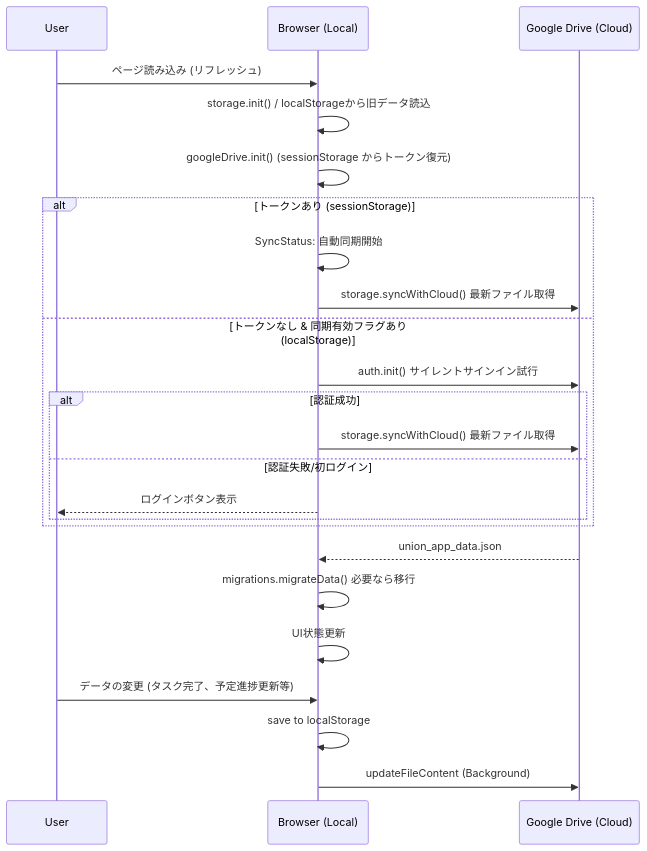
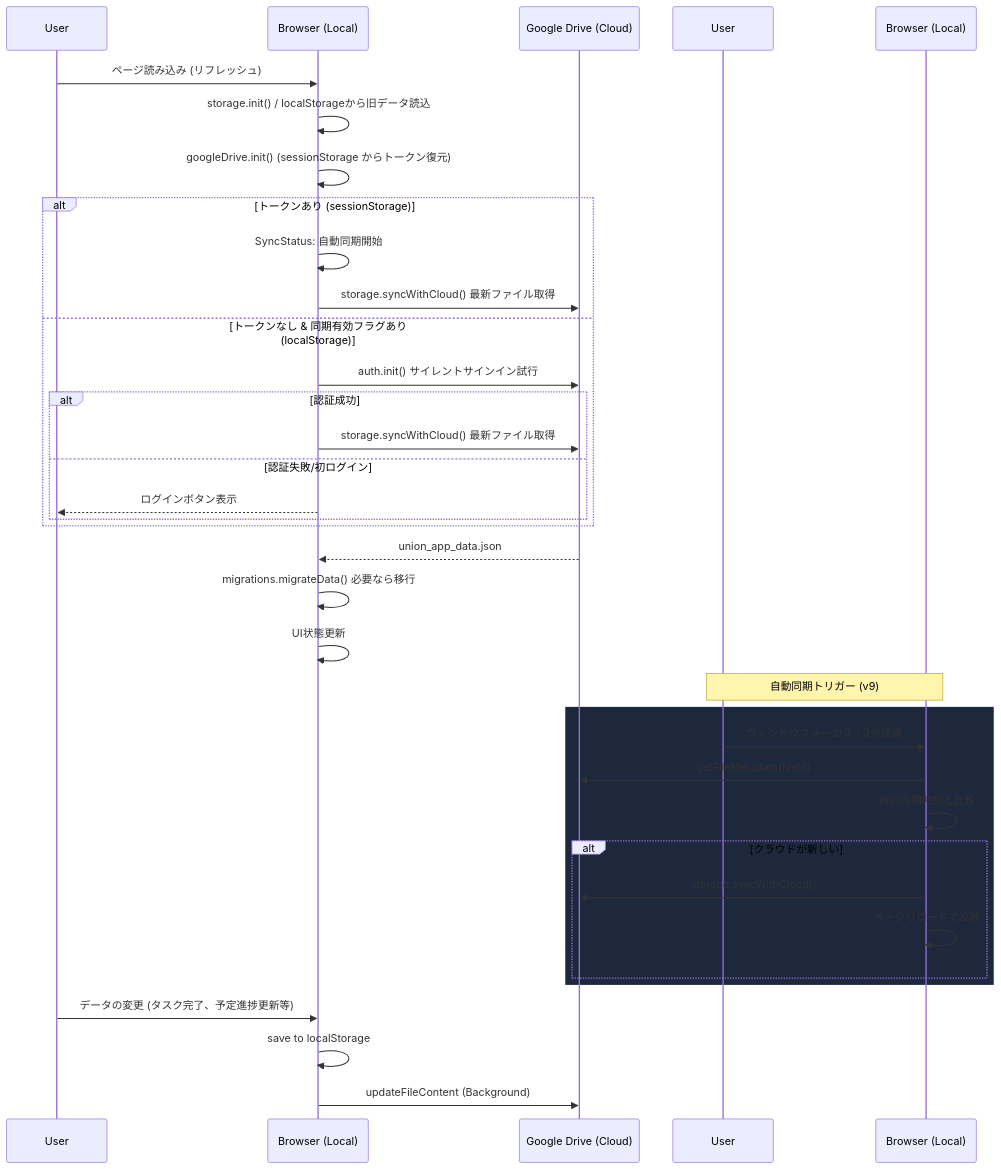
Before and after one commit to nimonit1/union-member-activity-manage-app: the second of 3 diagrams in DESIGN.md, drawn with Mermaid. The commit also changed 5 other files, not shown here.

````diff
--- a/DESIGN.md
+++ b/DESIGN.md
@@ -98,28 +98,39 @@
 ```mermaid
 sequenceDiagram
     participant U as User
     participant B as Browser (Local)
     participant G as Google Drive (Cloud)
     
     U->>B: ページ読み込み (リフレッシュ)
     B->>B: storage.init() / localStorageから旧データ読込
     B->>B: googleDrive.init() (sessionStorage からトークン復元)
     alt トークンあり (sessionStorage)
         B->>B: SyncStatus: 自動同期開始
         B->>G: storage.syncWithCloud() 最新ファイル取得
     else トークンなし & 同期有効フラグあり (localStorage)
         B->>G: auth.init() サイレントサインイン試行
         alt 認証成功
             B->>G: storage.syncWithCloud() 最新ファイル取得
         else 認証失敗/初ログイン
             B-->>U: ログインボタン表示
         end
     end
     G-->>B: union_app_data.json
     B->>B: migrations.migrateData() 必要なら移行
     B->>B: UI状態更新
+
+    Note over User, Browser (Local): 自動同期トリガー (v9)
+    rect rgb(30, 40, 60)
+        User->>Browser (Local): ウィンドウフォーカス / 3分経過
+        Browser (Local)->>G: getFileMetadata(fileId)
+        Browser (Local)->>Browser (Local): 前回同期時刻と比較
+        alt クラウドが新しい
+            Browser (Local)->>G: storage.syncWithCloud()
+            Browser (Local)->>Browser (Local): ページリロードで反映
+        end
+    end
     
     U->>B: データの変更 (タスク完了、予定進捗更新等)
     B->>B: save to localStorage
     B->>G: updateFileContent (Background)
 ```
````
